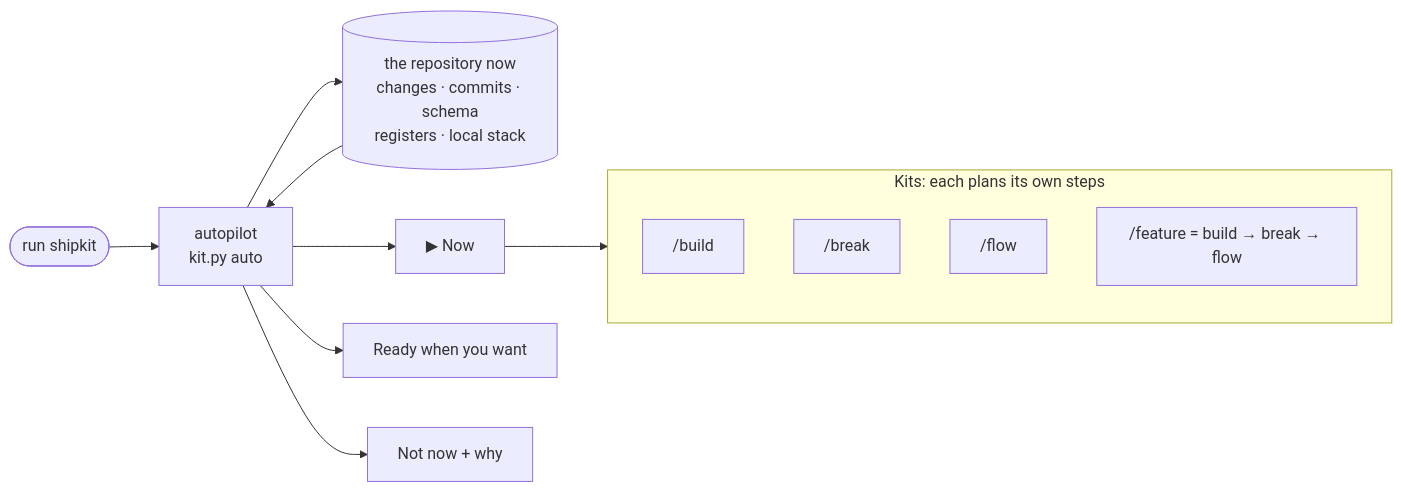
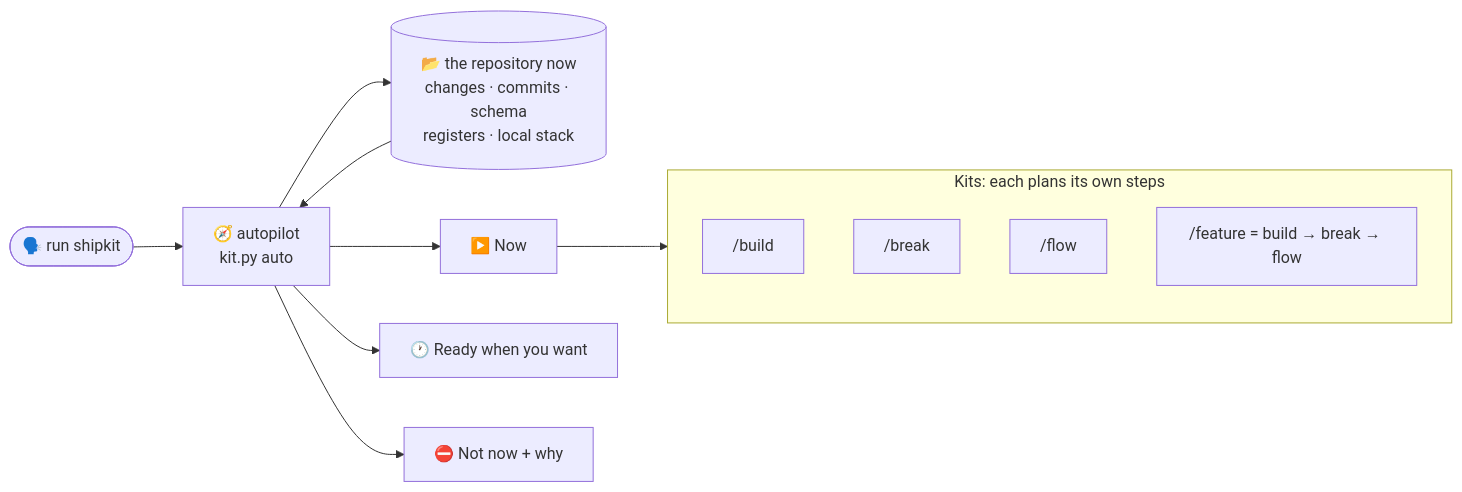
One commit to kshanxs/shipkit changed the second of 7 diagrams in README.md. Above: the diagram before and after it, drawn with Mermaid. The commit also changed other lines of this file and 6 other files, not shown here.

````diff
--- a/README.md
+++ b/README.md
@@ -120,17 +120,17 @@
 ```mermaid
 flowchart LR
-    you(["run shipkit"]) --> auto["autopilot<br/>kit.py auto"]
-    auto --> state[("the repository now<br/>changes · commits · schema<br/>registers · local stack")]
+    you(["🗣️ run shipkit"]) --> auto["🧭 autopilot<br/>kit.py auto"]
+    auto --> state[("📂 the repository now<br/>changes · commits · schema<br/>registers · local stack")]
     state --> auto
-    auto --> now["▶ Now"]
-    auto --> ready["Ready when you want"]
-    auto --> notnow["Not now + why"]
+    auto --> now["▶️ Now"]
+    auto --> ready["🕐 Ready when you want"]
+    auto --> notnow["⛔ Not now + why"]
     now --> kits
     subgraph kits["Kits: each plans its own steps"]
         direction TB
         build["/build"]
         brk["/break"]
         flow["/flow"]
         feat["/feature = build → break → flow"]
     end
 ```
````
